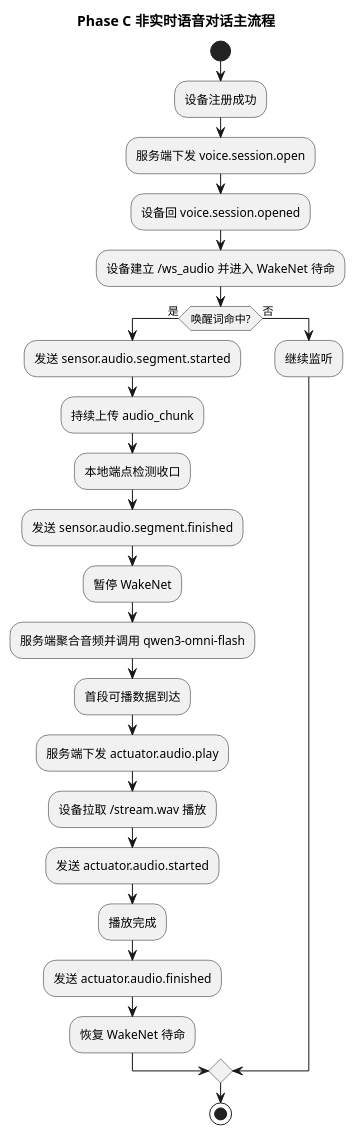
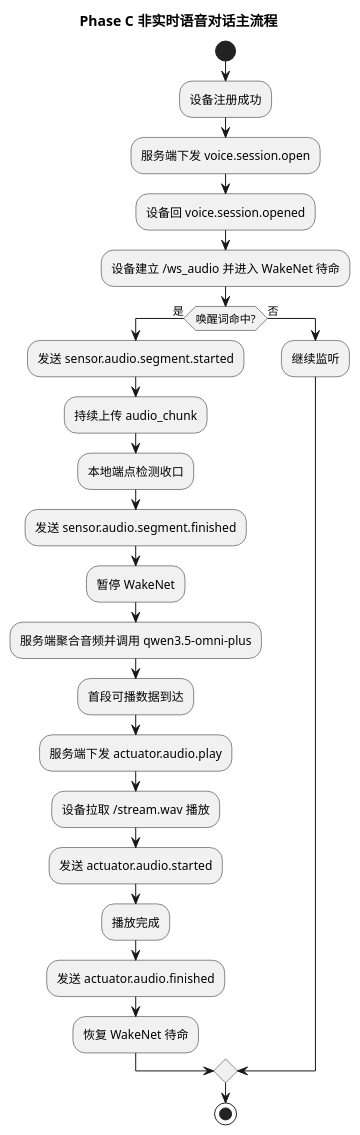
The first of 2 diagrams in doc/plan/PhaseC非实时语音对话实施文档.md (HengeLiu/RealtimeAgent), drawn with PlantUML before and after one commit. The commit also changed other lines of this file and 9 other files, not shown here.

````diff
--- a/doc/plan/PhaseC非实时语音对话实施文档.md
+++ b/doc/plan/PhaseC非实时语音对话实施文档.md
@@ -95,31 +95,31 @@
 ```plantuml
 @startuml
 title Phase C 非实时语音对话主流程
 
 start
 :设备注册成功;
 :服务端下发 voice.session.open;
 :设备回 voice.session.opened;
 :设备建立 /ws_audio 并进入 WakeNet 待命;
 
 if (唤醒词命中?) then (是)
   :发送 sensor.audio.segment.started;
   :持续上传 audio_chunk;
   :本地端点检测收口;
   :发送 sensor.audio.segment.finished;
   :暂停 WakeNet;
-  :服务端聚合音频并调用 qwen3-omni-flash;
+  :服务端聚合音频并调用 qwen3.5-omni-plus;
   :首段可播数据到达;
   :服务端下发 actuator.audio.play;
   :设备拉取 /stream.wav 播放;
   :发送 actuator.audio.started;
   :播放完成;
   :发送 actuator.audio.finished;
   :恢复 WakeNet 待命;
 else (否)
   :继续监听;
 endif
 
 stop
 @enduml
 ```
````
